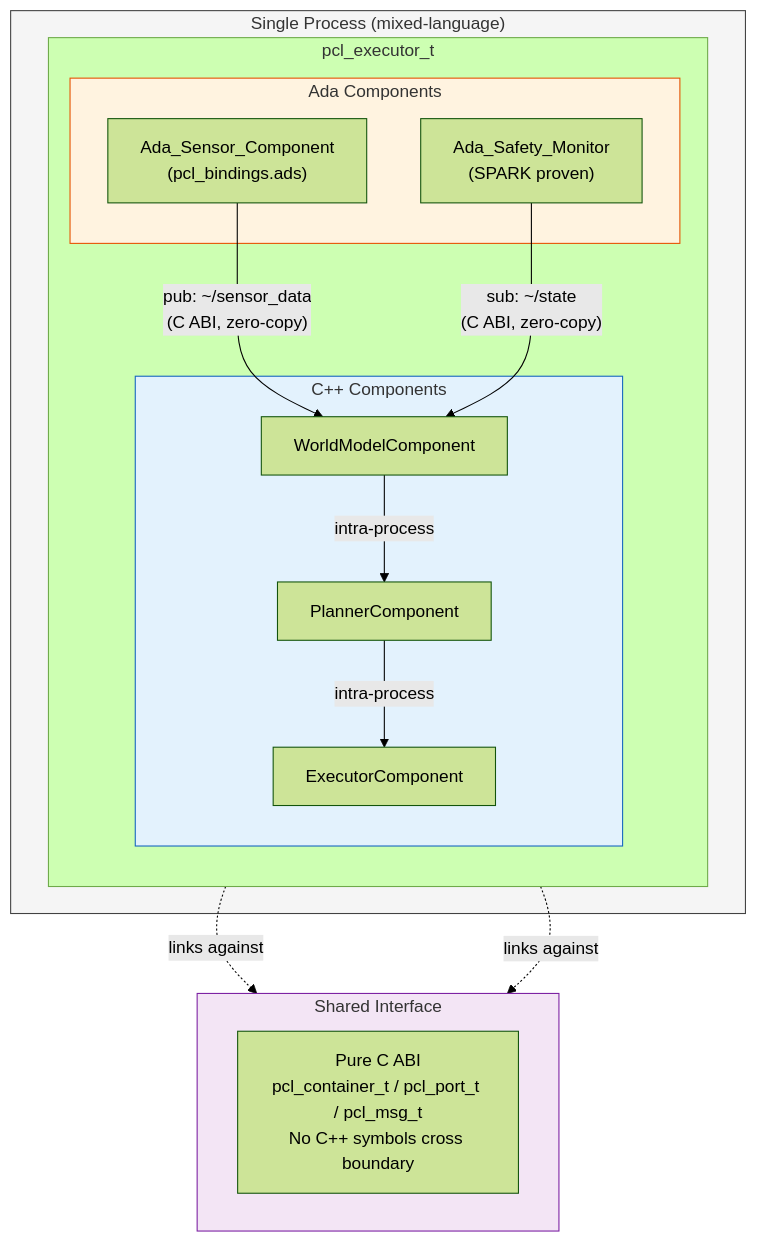
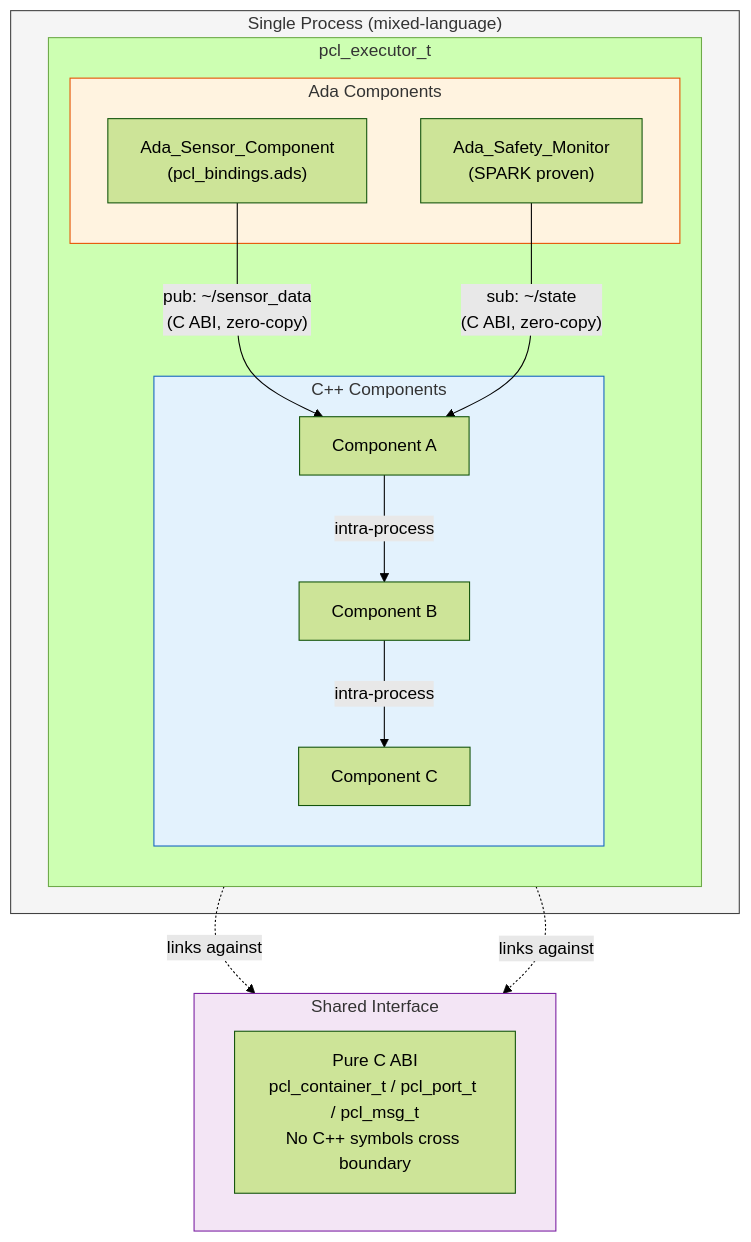
Before and after one commit to Ackoogin/mujin: the ninth of 11 diagrams in doc/architecture/08-pcl-component-system.md, drawn with Mermaid (forest theme). The commit also changed other lines of this file and 2 other files, not shown here.

````diff
--- a/doc/architecture/08-pcl-component-system.md
+++ b/doc/architecture/08-pcl-component-system.md
@@ -365,36 +387,36 @@
 ```mermaid
 graph TB
   subgraph Process["Single Process (mixed-language)"]
     subgraph Exec["pcl_executor_t"]
       direction TB
 
       subgraph Ada["Ada Components"]
         ADA_SENSOR["Ada_Sensor_Component<br/>(pcl_bindings.ads)"]
         ADA_SAFETY["Ada_Safety_Monitor<br/>(SPARK proven)"]
       end
 
       subgraph Cpp["C++ Components"]
-        CPP_WM["WorldModelComponent"]
-        CPP_PLAN["PlannerComponent"]
-        CPP_EXEC["ExecutorComponent"]
+        CPP_A["Component A"]
+        CPP_B["Component B"]
+        CPP_C["Component C"]
       end
     end
   end
 
-  ADA_SENSOR -->|"pub: ~/sensor_data<br/>(C ABI, zero-copy)"| CPP_WM
-  ADA_SAFETY -->|"sub: ~/state<br/>(C ABI, zero-copy)"| CPP_WM
-  CPP_WM -->|"intra-process"| CPP_PLAN
-  CPP_PLAN -->|"intra-process"| CPP_EXEC
+  ADA_SENSOR -->|"pub: ~/sensor_data<br/>(C ABI, zero-copy)"| CPP_A
+  ADA_SAFETY -->|"sub: ~/state<br/>(C ABI, zero-copy)"| CPP_A
+  CPP_A -->|"intra-process"| CPP_B
+  CPP_B -->|"intra-process"| CPP_C
 
   subgraph ABI["Shared Interface"]
     CABI["Pure C ABI<br/>pcl_container_t / pcl_port_t / pcl_msg_t<br/>No C++ symbols cross boundary"]
   end
 
   Ada -.->|"links against"| ABI
   Cpp -.->|"links against"| ABI
 
   style Process fill:#f5f5f5,stroke:#424242
   style Ada fill:#fff3e0,stroke:#e65100
   style Cpp fill:#e3f2fd,stroke:#1565c0
   style ABI fill:#f3e5f5,stroke:#7b1fa2
 ```
````
